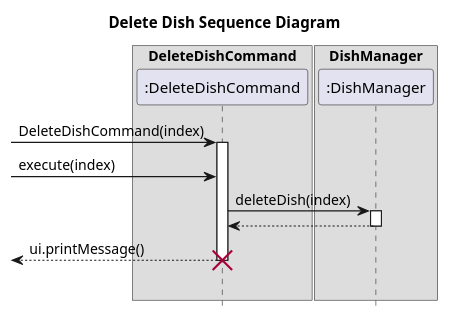
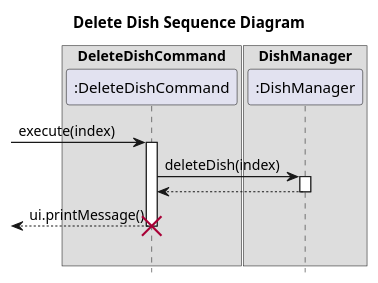
One commit to nus-cs2113-AY2223S2/tp changed the diagram in docs/uml/DeleteDishCommandSequenceDiagram.puml. Above: the diagram before and after it, drawn with PlantUML. The commit also changed 3 other files, not shown here.

Commit message:
Update UML sequence diagrams for Dish commands

```diff
--- a/docs/uml/DeleteDishCommandSequenceDiagram.puml
+++ b/docs/uml/DeleteDishCommandSequenceDiagram.puml
@@ -1,24 +1,24 @@
 @startuml
 hide footbox
 title Delete Dish Sequence Diagram
 
 box "DeleteDishCommand"
 participant ":DeleteDishCommand" as DeleteDishCommand
 endbox
 
 box "DishManager"
 participant ":DishManager" as DishManager
 endbox
 
 
--> DeleteDishCommand ++ : DeleteDishCommand(index)
 -> DeleteDishCommand: execute(index)
+activate DeleteDishCommand
 DeleteDishCommand -> DishManager ++ : deleteDish(index)
 DeleteDishCommand <-- DishManager
 deactivate
 <-- DeleteDishCommand: ui.printMessage()
 
 destroy DeleteDishCommand
 |||
 
 @enduml
```
